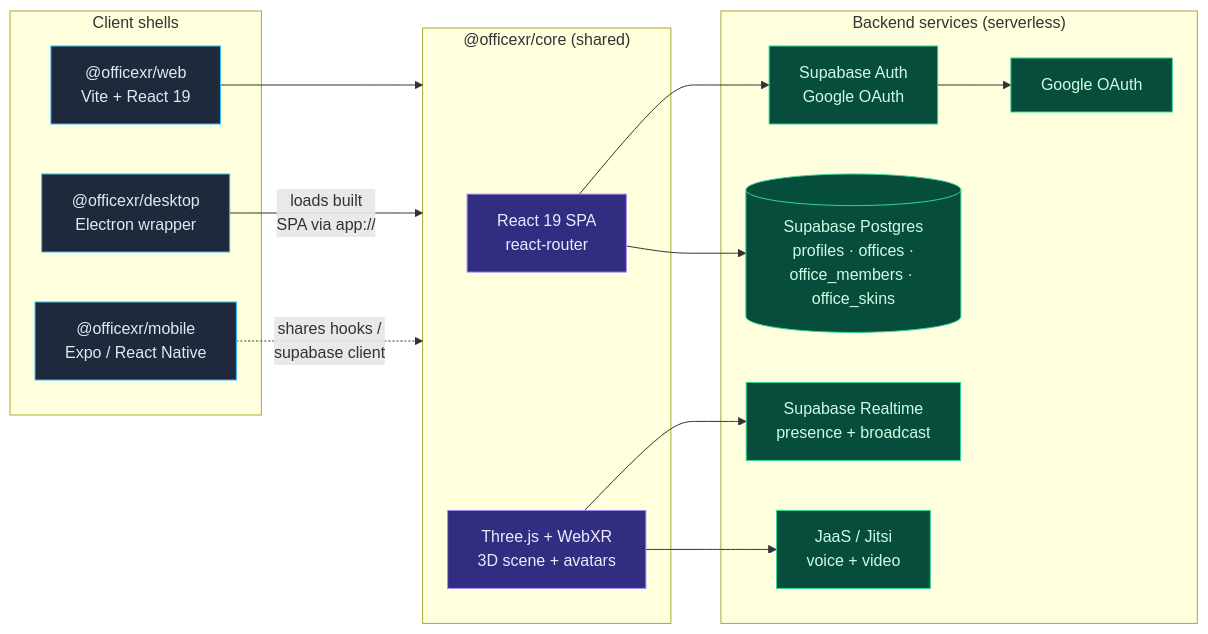
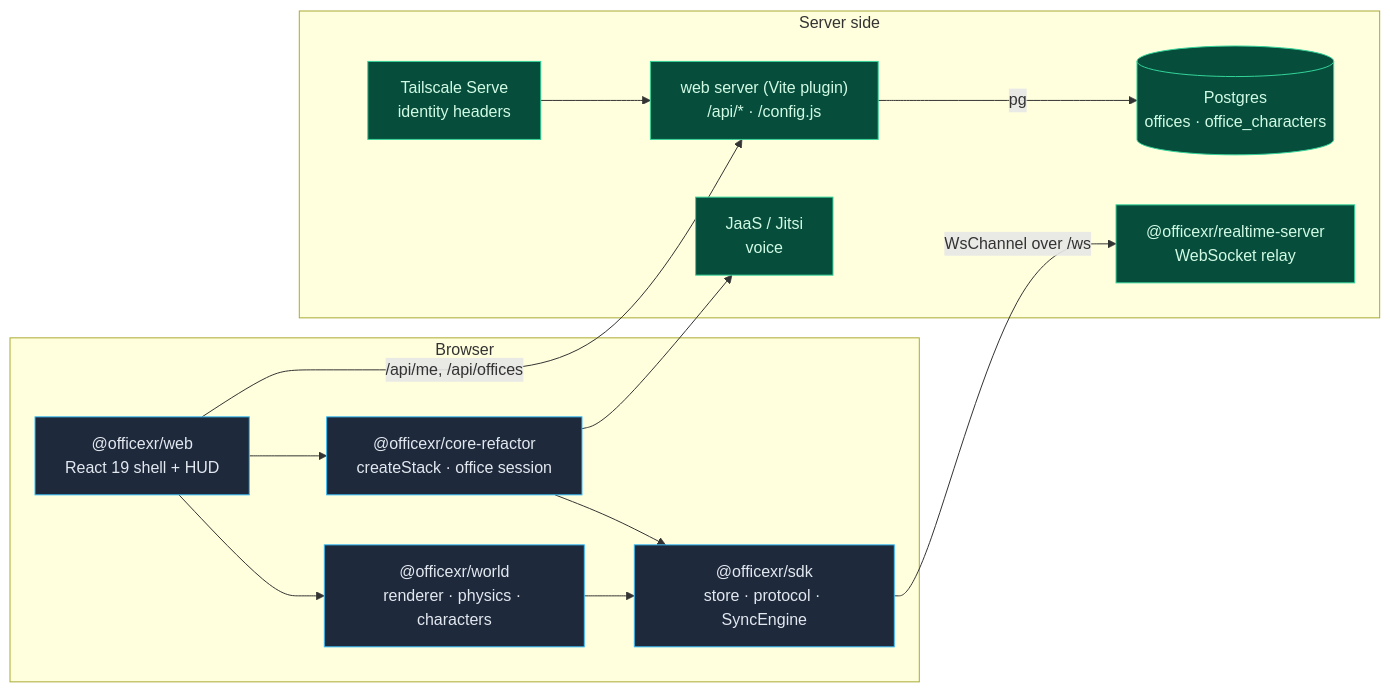
The first of 2 diagrams in ARCHITECTURE.md (ryscheng/officexr), drawn with Mermaid before and after one commit. The commit also changed other lines of this file and 1121 other files, not shown here.

````diff
--- a/ARCHITECTURE.md
+++ b/ARCHITECTURE.md
@@ -15,38 +15,33 @@
 ```mermaid
 flowchart LR
-    subgraph Clients["Client shells"]
-        Web["@officexr/web<br/>Vite + React 19"]
-        Desktop["@officexr/desktop<br/>Electron wrapper"]
-        Mobile["@officexr/mobile<br/>Expo / React Native"]
+    subgraph Browser["Browser"]
+        WebApp["@officexr/web<br/>React 19 shell + HUD"]
+        World["@officexr/world<br/>renderer · physics · characters"]
+        Session["@officexr/core-refactor<br/>createStack · office session"]
+        SDK["@officexr/sdk<br/>store · protocol · SyncEngine"]
     end
 
-    subgraph Core["@officexr/core (shared)"]
-        ReactApp["React 19 SPA<br/>react-router"]
-        ThreeJS["Three.js + WebXR<br/>3D scene + avatars"]
+    subgraph Server["Server side"]
+        Tailscale["Tailscale Serve<br/>identity headers"]
+        WebServer["web server (Vite plugin)<br/>/api/* · /config.js"]
+        Realtime["@officexr/realtime-server<br/>WebSocket relay"]
+        PG[("Postgres<br/>offices · office_characters")]
+        JaaS["JaaS / Jitsi<br/>voice"]
     end
 
-    subgraph Backend["Backend services (serverless)"]
-        SBAuth["Supabase Auth<br/>Google OAuth"]
-        SBDB[("Supabase Postgres<br/>profiles · offices ·<br/>office_members · office_skins")]
-        SBRT["Supabase Realtime<br/>presence + broadcast"]
-        JaaS["JaaS / Jitsi<br/>voice + video"]
-        Google["Google OAuth"]
-    end
+    WebApp --> World
+    WebApp --> Session
+    Session --> SDK
+    World --> SDK
 
-    Web --> Core
-    Desktop -- "loads built<br/>SPA via app://" --> Core
-    Mobile -. "shares hooks /<br/>supabase client" .-> Core
-
-    ReactApp --> SBAuth
-    ReactApp --> SBDB
-    ThreeJS --> SBRT
-    ThreeJS --> JaaS
-    SBAuth --> Google
+    Tailscale --> WebServer
+    WebApp -- "/api/me, /api/offices" --> WebServer
+    WebServer -- "pg" --> PG
+    SDK -- "WsChannel over /ws" --> Realtime
+    Session --> JaaS
 
     classDef client fill:#1e293b,stroke:#38bdf8,color:#e2e8f0
-    classDef core fill:#312e81,stroke:#a78bfa,color:#ede9fe
     classDef svc fill:#064e3b,stroke:#34d399,color:#d1fae5
-    class Web,Desktop,Mobile client
-    class ReactApp,ThreeJS core
-    class SBAuth,SBDB,SBRT,JaaS,Google svc
+    class WebApp,World,Session,SDK client
+    class Tailscale,WebServer,Realtime,PG,JaaS svc
 ```
````
